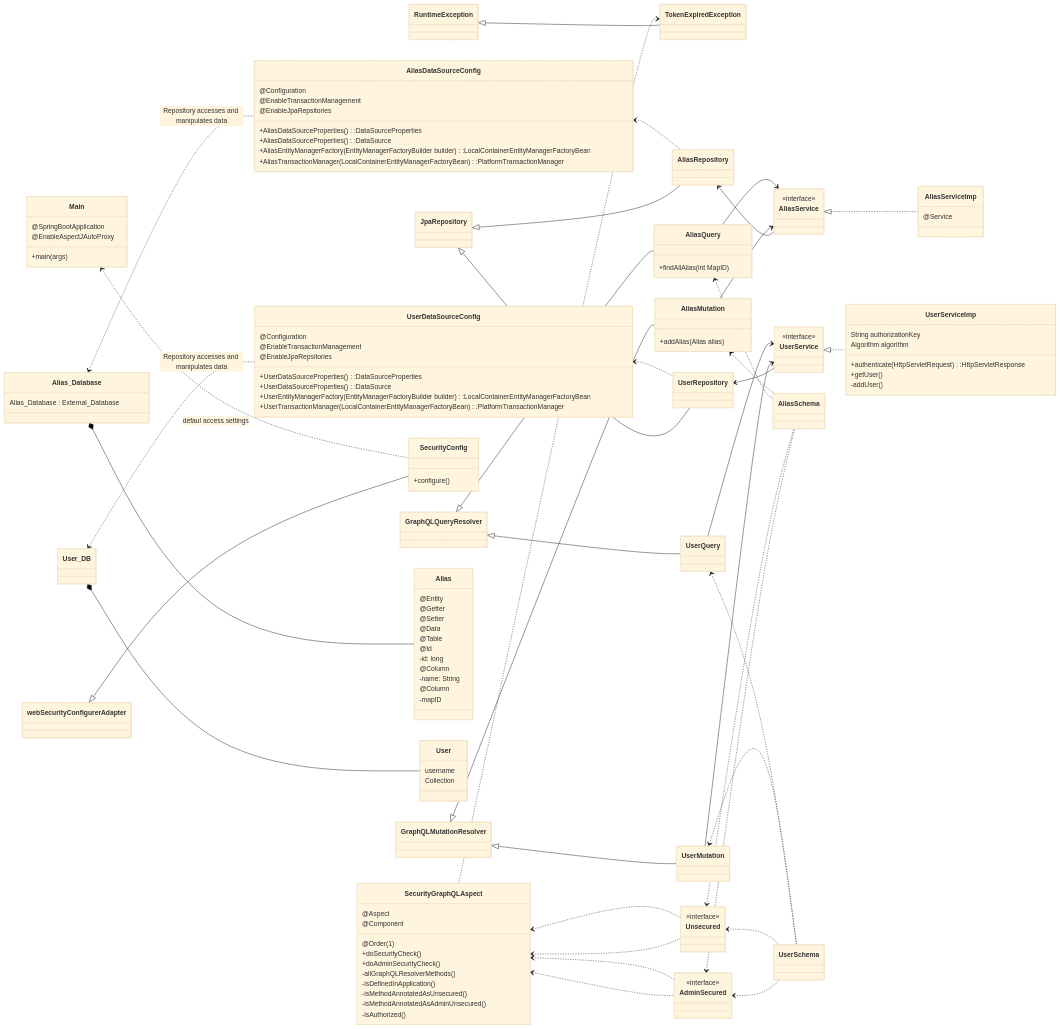
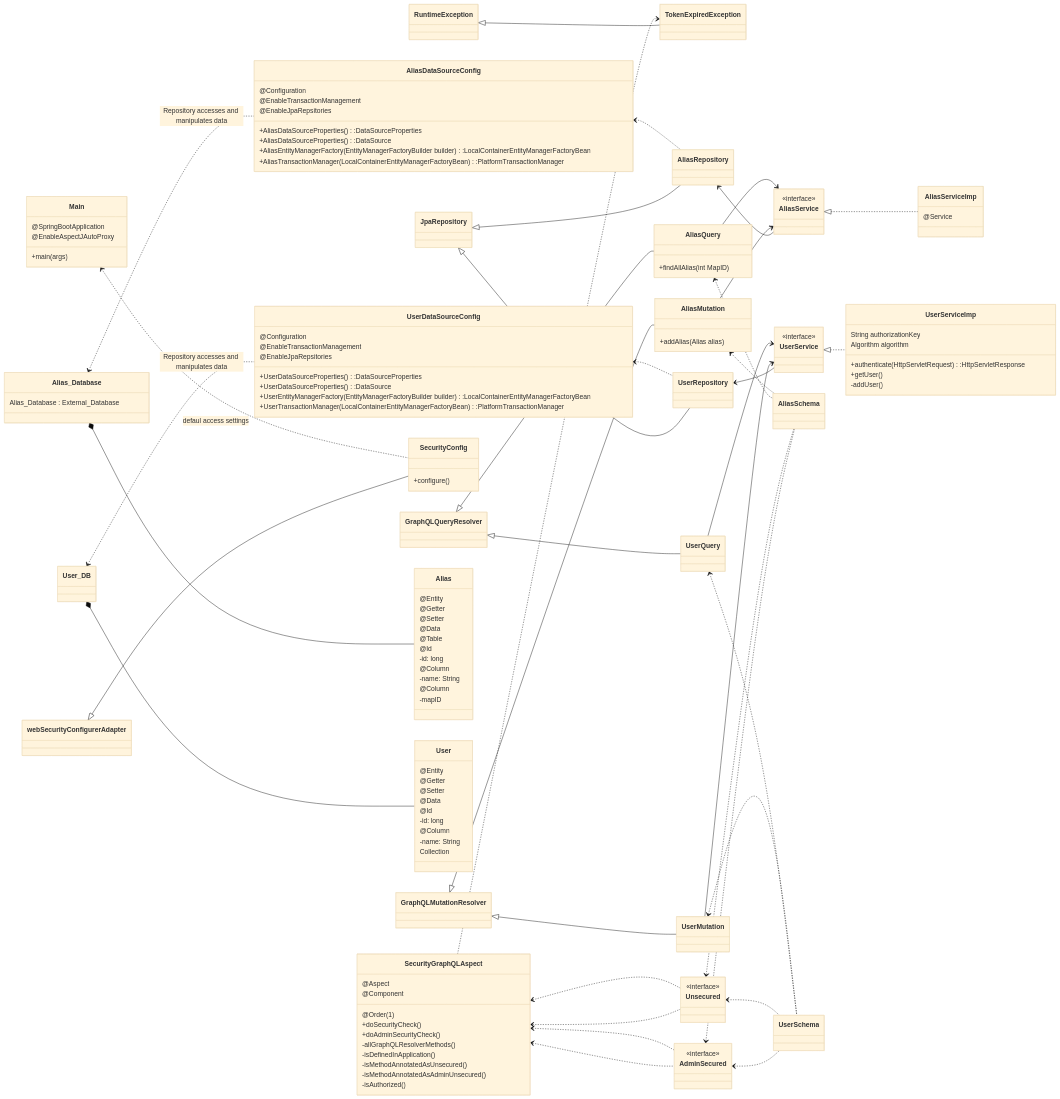
The diagram in Kapitel/00_Backend/mermaid/Klassendiagramm1.mmd (coderPaddyS/PSE_G3_Entwurf), drawn with Mermaid (base theme) before and after one commit.

Commit message:
Enhance class 'User' of class diagram regarding 'Backend'
Add columns 'id', 'column' as well
as required annotations.

```diff
--- a/Kapitel/00_Backend/mermaid/Klassendiagramm1.mmd
+++ b/Kapitel/00_Backend/mermaid/Klassendiagramm1.mmd
@@ -1,187 +1,194 @@
 classDiagram
 direction LR
 
 RuntimeException <|-- TokenExpiredException
 GraphQLMutationResolver <|-- AliasMutation
 GraphQLQueryResolver <|-- AliasQuery
 GraphQLMutationResolver <|-- UserMutation
 GraphQLQueryResolver <|-- UserQuery
 JpaRepository <|-- AliasRepository
 JpaRepository <|-- UserRepository
 webSecurityConfigurerAdapter <|-- SecurityConfig
 
 
 AliasService <|.. AliasServiceImp
 UserService <|.. UserServiceImp
 
 AliasRepository <-- AliasService
 UserRepository <-- UserService
 
 SecurityGraphQLAspect <.. AdminSecured
 SecurityGraphQLAspect <.. Unsecured
 SecurityGraphQLAspect ..> TokenExpiredException
 
 Alias_Database *-- Alias
 
 User_DB *-- User
 
 AliasMutation --> AliasService
 AliasQuery --> AliasService
 UserMutation --> UserService
 UserQuery --> UserService
 
 Alias_Database <.. AliasDataSourceConfig : Repository accesses and manipulates data
 AliasDataSourceConfig <.. AliasRepository
 User_DB <.. UserDataSourceConfig : Repository accesses and manipulates data
 UserDataSourceConfig <.. UserRepository
 
 AdminSecured <.. AliasSchema
 Unsecured <.. AliasSchema
 AdminSecured <.. UserSchema
 Unsecured <.. UserSchema
 
 Main <.. SecurityConfig : defaul access settings
 
 AdminSecured ..> SecurityGraphQLAspect
 Unsecured ..> SecurityGraphQLAspect
 
 AliasQuery <.. AliasSchema
 AliasMutation <.. AliasSchema
 
 
 UserQuery <.. UserSchema    
 UserMutation <.. UserSchema
 
 
 class RuntimeException
 
 class TokenExpiredException
 
 
 class AliasService{
 <<interface>>
 }
 
 class AliasServiceImp{
 @Service
 }
 
 class GraphQLMutationResolver 
 
 class AliasMutation{
 +addAlias(Alias alias)
 }
 
 class UserMutation
 
 class GraphQLQueryResolver
 
 class UserQuery
 
 class AliasQuery{
 +findAllAlias(int MapID)
 }
 
 
 class SecurityConfig{
 +configure()
 }
 
 class AdminSecured{
 <<interface>> 
 }
 
 class Unsecured{
 <<interface>> 
 }
 
 class SecurityGraphQLAspect{
 @Aspect
 @Component
 @Order(1)
 +doSecurityCheck()
 +doAdminSecurityCheck()
 -allGraphQLResolverMethods()
 -isDefinedInApplication()
 -isMethodAnnotatedAsUnsecured()
 -isMethodAnnotatedAsAdminUnsecured()
 -isAuthorized()
 }
 
 
 
 class User{
-username
+@Entity
+@Getter
+@Setter
+@Data
+@Id
+-id: long
+@Column
+-name: String
 Collection<? extends GranedAuthority>
 }
 
 
 class Alias{
 @Entity
 @Getter
 @Setter
 @Data
 @Table
 @Id
 -id: long
 @Column
 -name: String
 @Column
 -mapID
 }
 
 class AliasDataSourceConfig{ 
 @Configuration
 @EnableTransactionManagement
 @EnableJpaRepsitories
 +AliasDataSourceProperties():DataSourceProperties
 +AliasDataSourceProperties():DataSource
 +AliasEntityManagerFactory(EntityManagerFactoryBuilder builder):LocalContainerEntityManagerFactoryBean 
 +AliasTransactionManager(LocalContainerEntityManagerFactoryBean):PlatformTransactionManager 
 }  
 
 class UserDataSourceConfig{ 
 @Configuration
 @EnableTransactionManagement
 @EnableJpaRepsitories
 +UserDataSourceProperties():DataSourceProperties
 +UserDataSourceProperties():DataSource
 +UserEntityManagerFactory(EntityManagerFactoryBuilder builder):LocalContainerEntityManagerFactoryBean 
 +UserTransactionManager(LocalContainerEntityManagerFactoryBean):PlatformTransactionManager 
 }
 
 class webSecurityConfigurerAdapter
 
 class JpaRepository
 
 class AliasRepository
 
 class Alias_Database{
 Alias_Database : External_Database
 }
 
 class UserService{
 <<interface>>
 }
 
 class UserServiceImp{
 String authorizationKey
 Algorithm algorithm
 +authenticate(HttpServletRequest):HttpServletResponse 
 +getUser()
 -addUser()
 }
 
 class UserRepository
 
 class User_DB
 
 
 class AliasSchema
 class UserSchema
 
 class Main {
     @SpringBootApplication
     @EnableAspectJAutoProxy 
         +main(args)
 }
```
